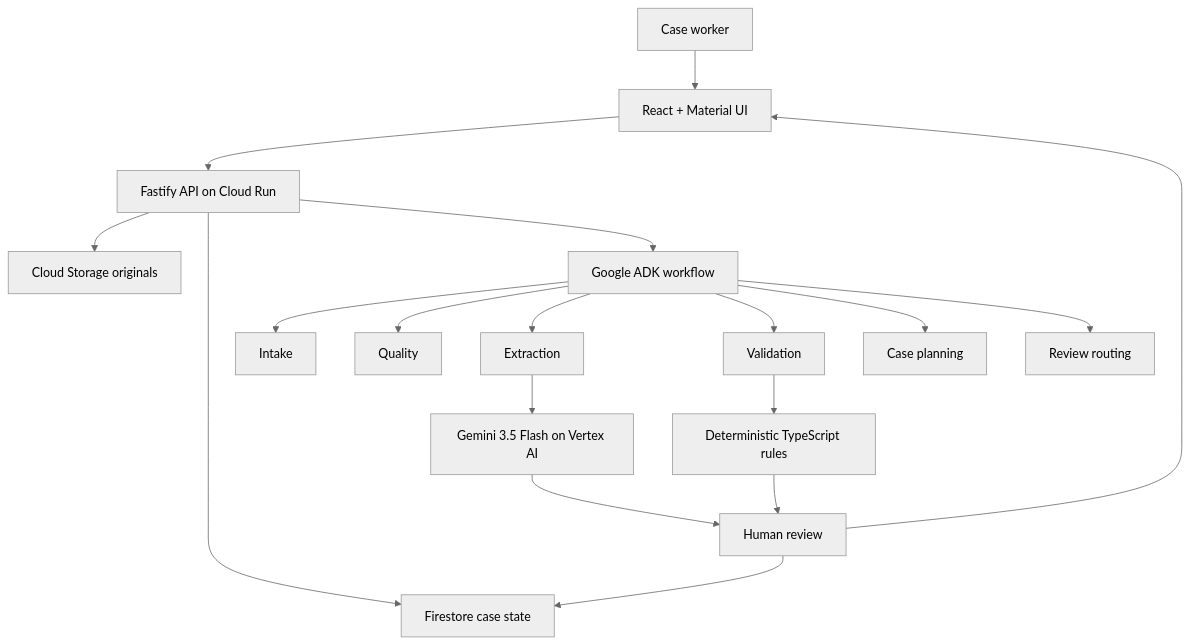
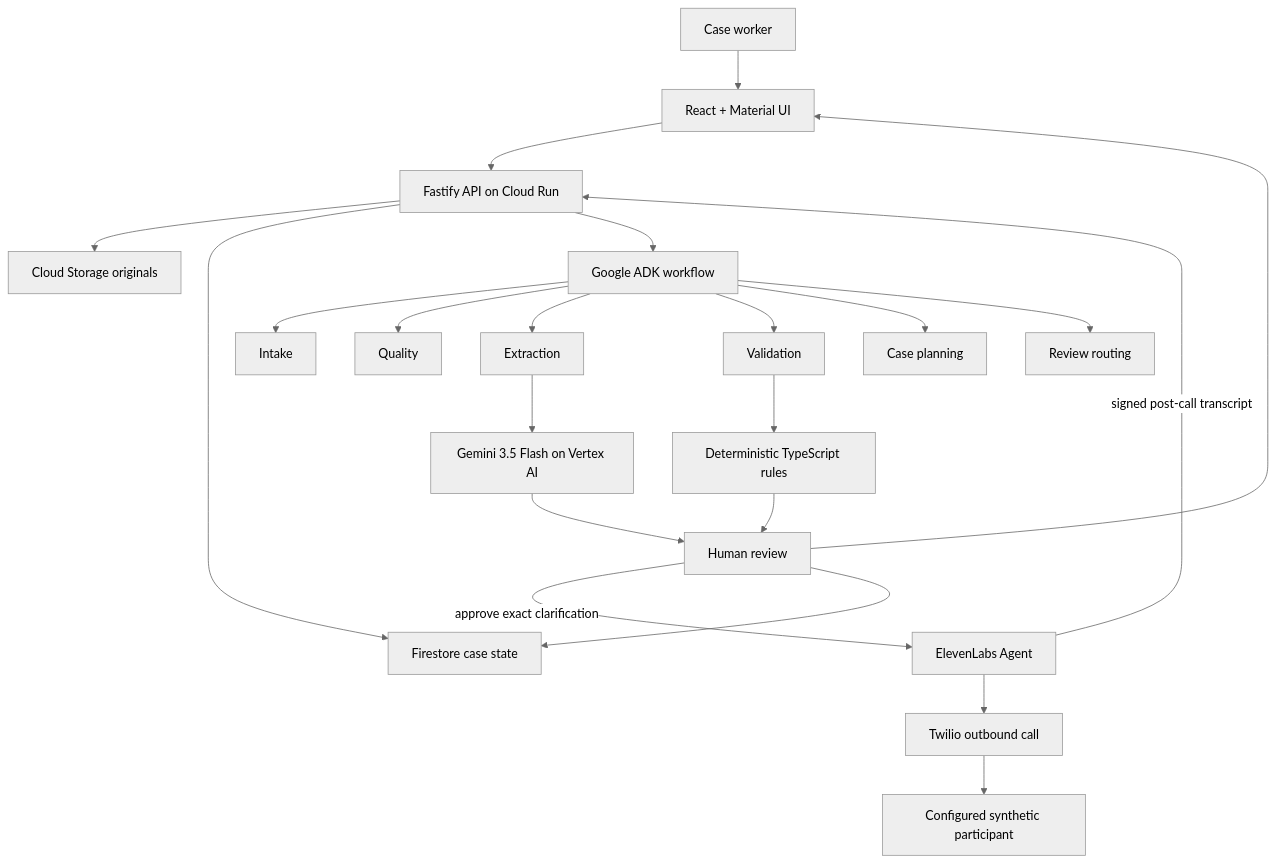
Before and after one commit to amin076/claimflow-agent: the diagram in README.md, drawn with Mermaid (neutral theme). The commit also changed other lines of this file, not shown here.

Commit message:
docs: refresh README for submission-ready voice workflow

````diff
--- a/README.md
+++ b/README.md
@@ -65,22 +83,28 @@
 ```mermaid
 flowchart TD
     U["Case worker"] --> UI["React + Material UI"]
     UI --> API["Fastify API on Cloud Run"]
     API --> OBJ["Cloud Storage originals"]
     API --> DB["Firestore case state"]
     API --> ORCH["Google ADK workflow"]
 
     ORCH --> I["Intake"]
     ORCH --> Q["Quality"]
     ORCH --> X["Extraction"]
     ORCH --> V["Validation"]
     ORCH --> P["Case planning"]
     ORCH --> R["Review routing"]
 
     X --> GEM["Gemini 3.5 Flash on Vertex AI"]
     V --> RULES["Deterministic TypeScript rules"]
     RULES --> REVIEW["Human review"]
     GEM --> REVIEW
+
+    REVIEW -->|"approve exact clarification"| VOICE["ElevenLabs Agent"]
+    VOICE --> TWILIO["Twilio outbound call"]
+    TWILIO --> PERSON["Configured synthetic participant"]
+    VOICE -->|"signed post-call transcript"| API
+
     REVIEW --> DB
     REVIEW --> UI
 ```
````
